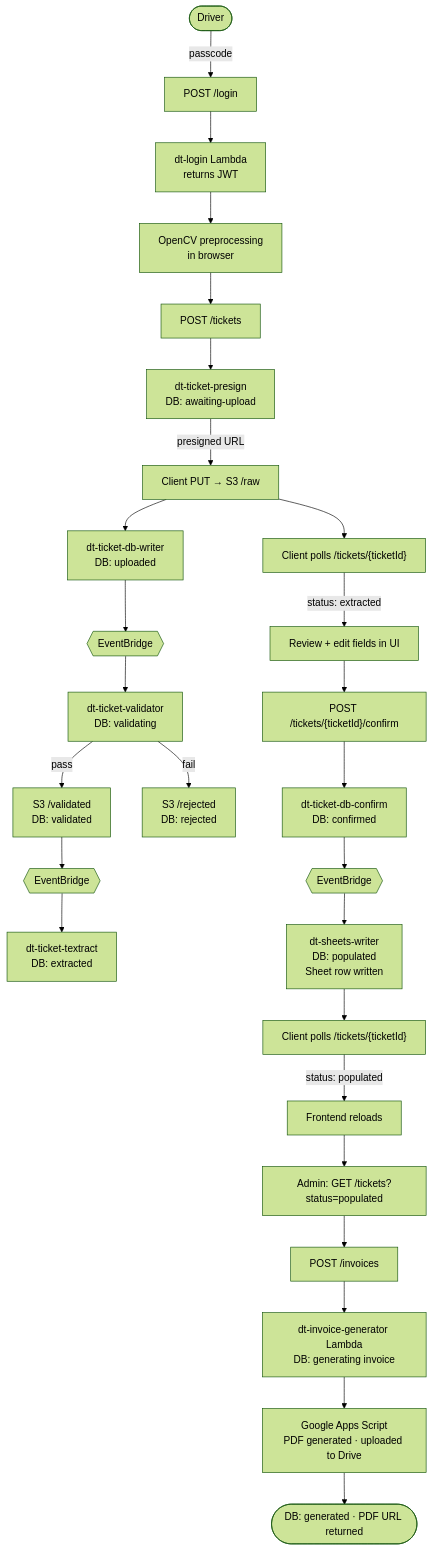
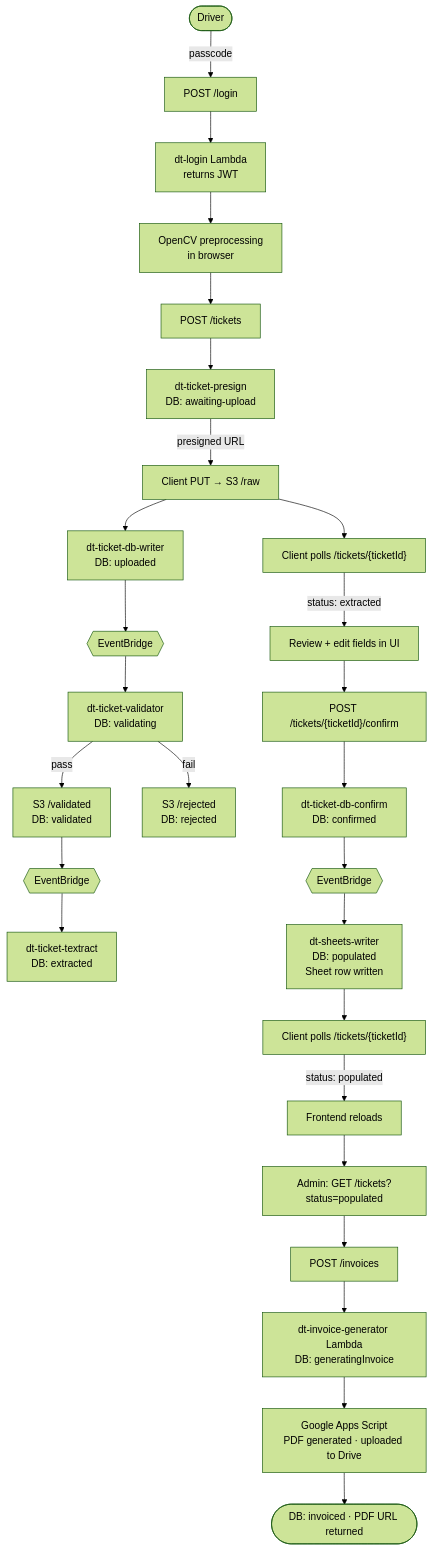
The first of 2 diagrams in ARCHITECTURE.MD (artomatiq/ccs-ticket-backend), drawn with Mermaid (forest theme) before and after one commit. The commit also changed other lines of this file, not shown here.

Commit message:
update architecture

````diff
--- a/ARCHITECTURE.MD
+++ b/ARCHITECTURE.MD
@@ -9,34 +9,34 @@
 ```mermaid
 flowchart TD
     A([Driver]) -->|passcode| B[POST /login]
     B --> C[dt-login Lambda\nreturns JWT]
 
     C --> D[OpenCV preprocessing\nin browser]
     D --> E[POST /tickets]
     E --> F[dt-ticket-presign\nDB: awaiting-upload]
     F -->|presigned URL| G[Client PUT → S3 /raw]
 
     G --> H[dt-ticket-db-writer\nDB: uploaded]
     H --> I{{EventBridge}}
     I --> J[dt-ticket-validator\nDB: validating]
     J -->|pass| K[S3 /validated\nDB: validated]
     J -->|fail| L[S3 /rejected\nDB: rejected]
     K --> M{{EventBridge}}
     M --> N[dt-ticket-textract\nDB: extracted]
 
     G --> O["Client polls /tickets/{ticketId}"]
     O -->|status: extracted| P[Review + edit fields in UI]
     P --> Q["POST /tickets/{ticketId}/confirm"]
     Q --> R[dt-ticket-db-confirm\nDB: confirmed]
     R --> S{{EventBridge}}
     S --> T[dt-sheets-writer\nDB: populated\nSheet row written]
 
     T --> U["Client polls /tickets/{ticketId}"]
     U -->|status: populated| V[Frontend reloads]
 
     V --> W[Admin: GET /tickets?status=populated]
     W --> X[POST /invoices]
-    X --> Y[dt-invoice-generator Lambda\nDB: generating invoice]
+    X --> Y[dt-invoice-generator Lambda\nDB: generatingInvoice]
     Y --> Z[Google Apps Script\nPDF generated · uploaded to Drive]
-    Z --> AA([DB: generated · PDF URL returned])
+    Z --> AA([DB: invoiced · PDF URL returned])
 ```
````
